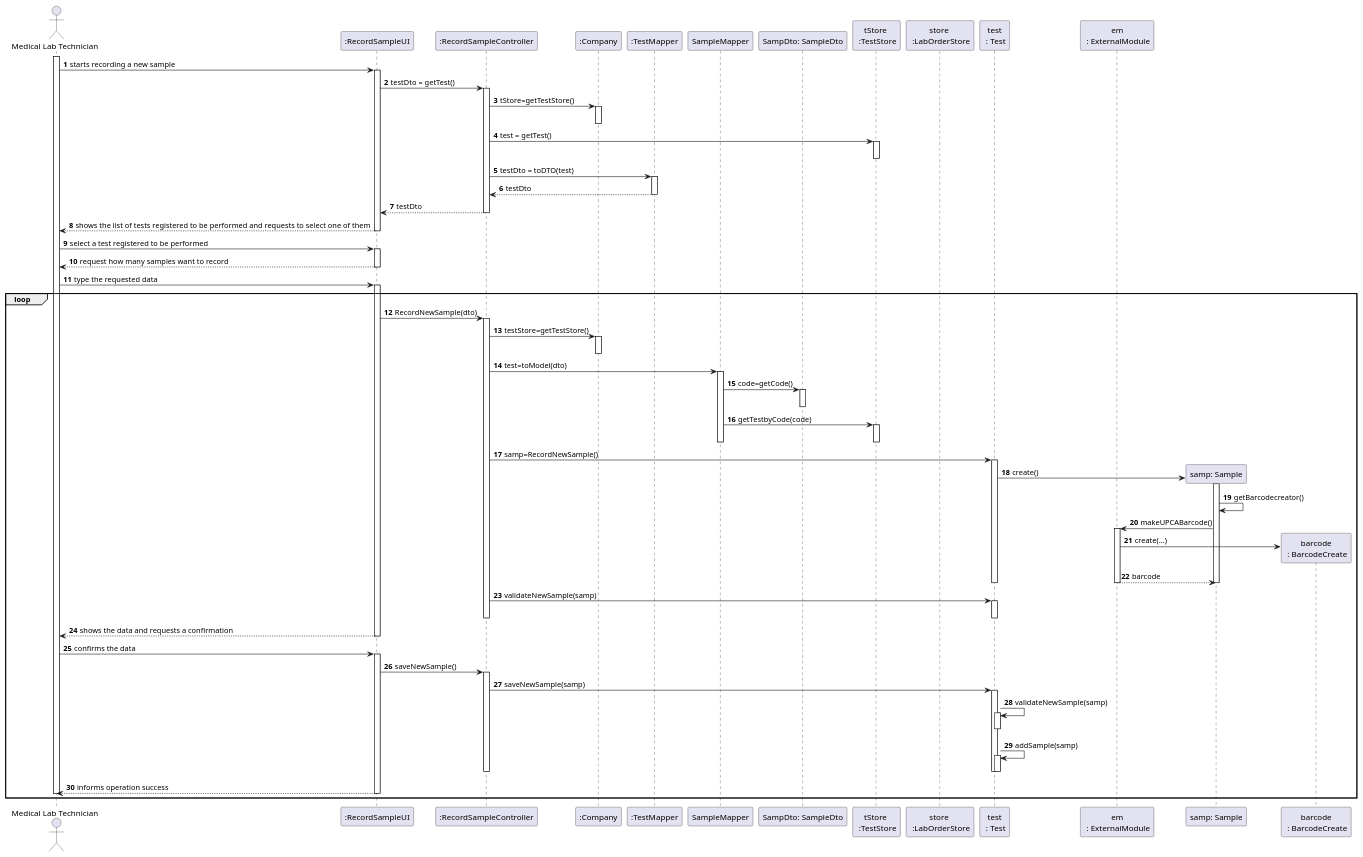
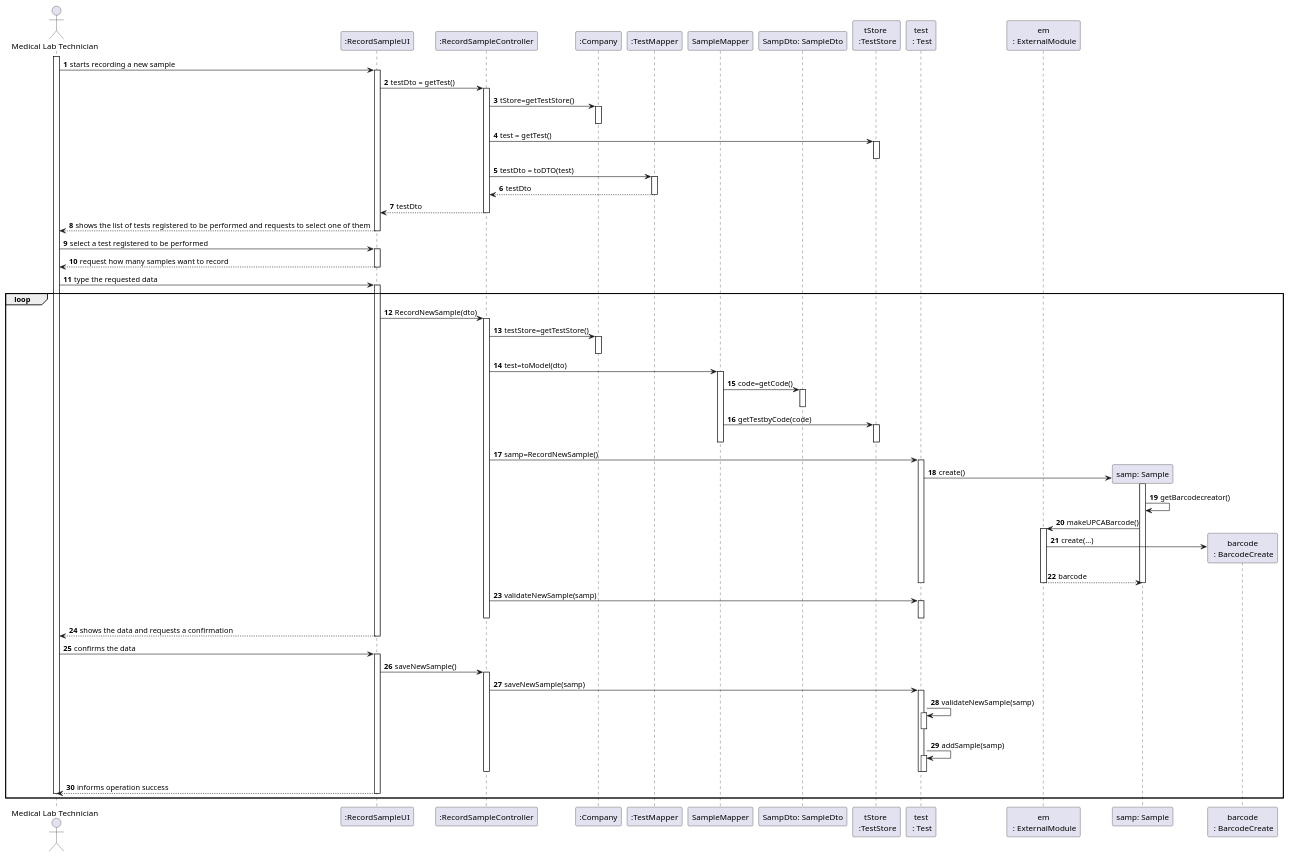
The diagram in docs/SprintC/US5_RecordTheSample/US005_SD.puml (Pedromaia26/LAPR2-ISEP), drawn with PlantUML before and after one commit. The commit also changed 10 other files, not shown here.

```diff
--- a/docs/SprintC/US5_RecordTheSample/US005_SD.puml
+++ b/docs/SprintC/US5_RecordTheSample/US005_SD.puml
@@ -1,123 +1,122 @@
 @startuml
 actor "Medical Lab Technician" as Adm
 participant ":RecordSampleUI" as Interface
 participant ":RecordSampleController" as Controller
 participant ":Company" as Company
 participant ":TestMapper" as TM
 participant "SampleMapper" as SM
 participant "SampDto: SampleDto" as SD
 participant "tStore \n :TestStore" as SS
-participant "store \n :LabOrderStore" as TS
 participant "test\n : Test" as test
 participant "em\n : ExternalModule" as em
 
 
  
  
 autonumber
 activate Adm
 Adm -> Interface: starts recording a new sample
 activate Interface
 Interface -> Controller: testDto = getTest()
 activate Controller
 Controller -> Company : tStore=getTestStore()
 activate Company
 deactivate Company
 Controller -> SS: test = getTest()
 activate SS
 deactivate SS
 Controller -> TM: testDto = toDTO(test)
 activate TM
 
 TM-->Controller : testDto
 deactivate TM
 Controller-->Interface : testDto
 deactivate Controller
 Interface --> Adm: shows the list of tests registered to be performed and requests to select one of them
 deactivate Interface
 
 
 
 Adm -> Interface: select a test registered to be performed
 activate Interface
 Interface--> Adm: request how many samples want to record
 deactivate Interface
 
 Adm -> Interface : type the requested data
 loop
 
 activate Interface
 
 Interface->Controller: RecordNewSample(dto)
 activate Controller
 Controller -> Company : testStore=getTestStore()
 activate Company
 Deactivate Company
 Controller -> SM : test=toModel(dto)
 activate SM
 SM->SD : code=getCode()
 activate SD
 deactivate SD
 SM->SS: getTestbyCode(code)
 activate SS
 deactivate SS
 deactivate SS
 deactivate SM
 Controller->test: samp=RecordNewSample()
 activate test
 
 create "samp: Sample" as samp
 
 test->samp:  create()
 activate samp
 
 samp -> samp : getBarcodecreator()
 
 samp-> em : makeUPCABarcode()
 activate em
 
 create "barcode\n : BarcodeCreate" as BC
 
 em->BC :create(...)
 
 em-->samp : barcode
 
 deactivate em
 
 deactivate samp
 
 
 deactivate test
 
 Controller->test:validateNewSample(samp)
 Activate test
 deactivate test
 
 deactivate Controller
 
 
 Interface-->Adm : shows the data and requests a confirmation
 
 deactivate Interface
 
 Adm -> Interface: confirms the data
 activate Interface
 Interface->Controller: saveNewSample()
 activate Controller
 Controller->test:saveNewSample(samp)
 activate test
 test->test:validateNewSample(samp)
 activate test
 deactivate test
 test->test:addSample(samp)
 activate test
 deactivate test
 
 deactivate test
 deactivate Controller
 Interface--> Adm: informs operation success
 
 deactivate Interface
 deactivate Adm
 end
 @enduml
```
